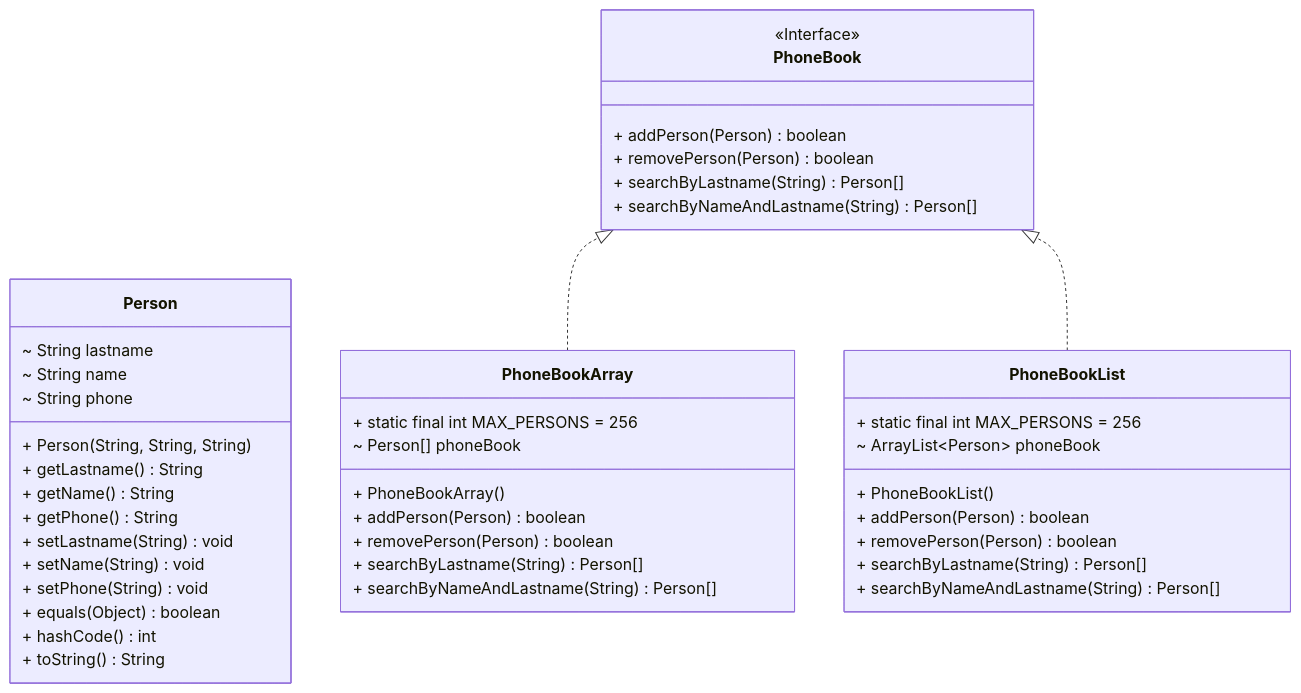
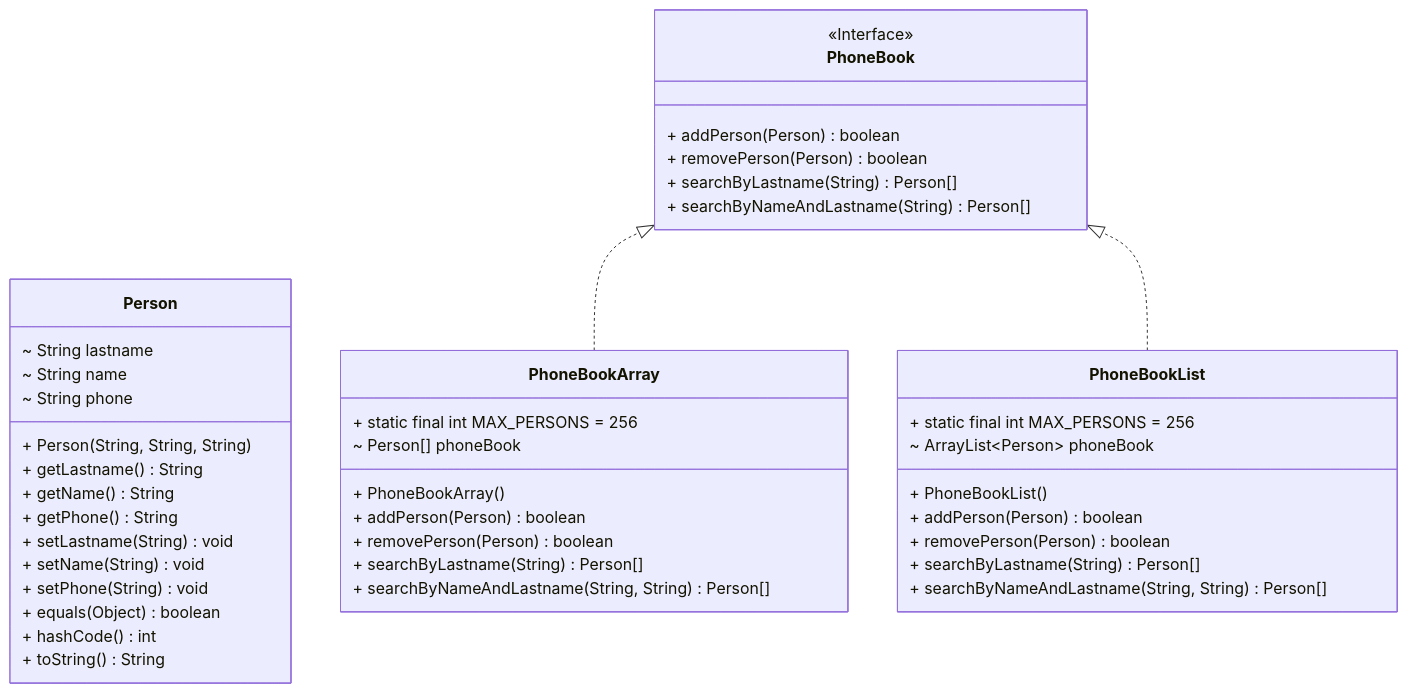
The ninth of 13 diagrams in src/main/java/com/nbicocchi/exercises/oop/README.md (nbicocchi/learn-java-core), drawn with Mermaid before and after one commit.

````diff
--- a/src/main/java/com/nbicocchi/exercises/oop/README.md
+++ b/src/main/java/com/nbicocchi/exercises/oop/README.md
@@ -292,46 +292,46 @@
 ```mermaid
 classDiagram
 direction BT
 class Person {
   ~ String lastname
   ~ String name
   ~ String phone
   + Person(String, String, String) 
   + getLastname() String
   + getName() String
   + getPhone() String
   + setLastname(String) void
   + setName(String) void
   + setPhone(String) void
   + equals(Object) boolean
   + hashCode() int
   + toString() String
 }
 class PhoneBook {
   <<Interface>>
   + addPerson(Person) boolean
   + removePerson(Person) boolean
   + searchByLastname(String) Person[]
   + searchByNameAndLastname(String) Person[]
 }
 class PhoneBookArray {
   + static final int MAX_PERSONS = 256
   ~ Person[] phoneBook
   + PhoneBookArray() 
   + addPerson(Person) boolean
   + removePerson(Person) boolean
   + searchByLastname(String) Person[]
-  + searchByNameAndLastname(String) Person[]
+  + searchByNameAndLastname(String, String) Person[]
 }
 class PhoneBookList {
   + static final int MAX_PERSONS = 256
   ~ ArrayList~Person~ phoneBook
   + PhoneBookList() 
   + addPerson(Person) boolean
   + removePerson(Person) boolean
   + searchByLastname(String) Person[]
-  + searchByNameAndLastname(String) Person[]
+  + searchByNameAndLastname(String, String) Person[]
 }
 PhoneBookArray  ..|>  PhoneBook 
 PhoneBookList  ..|>  PhoneBook 
 ```
````
